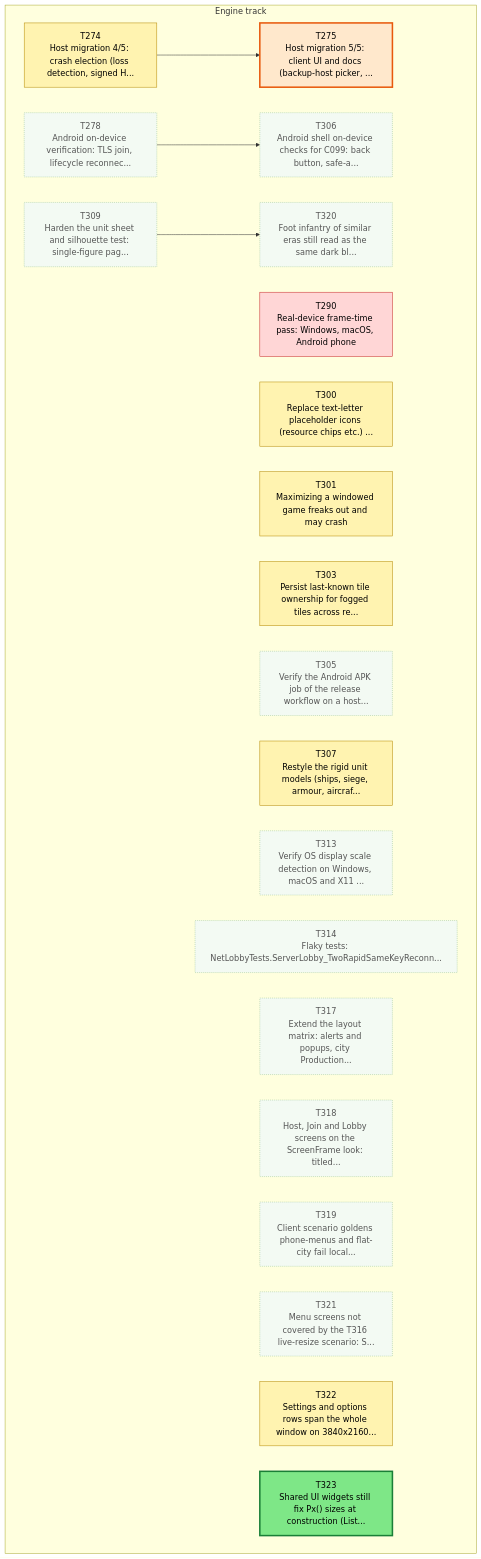
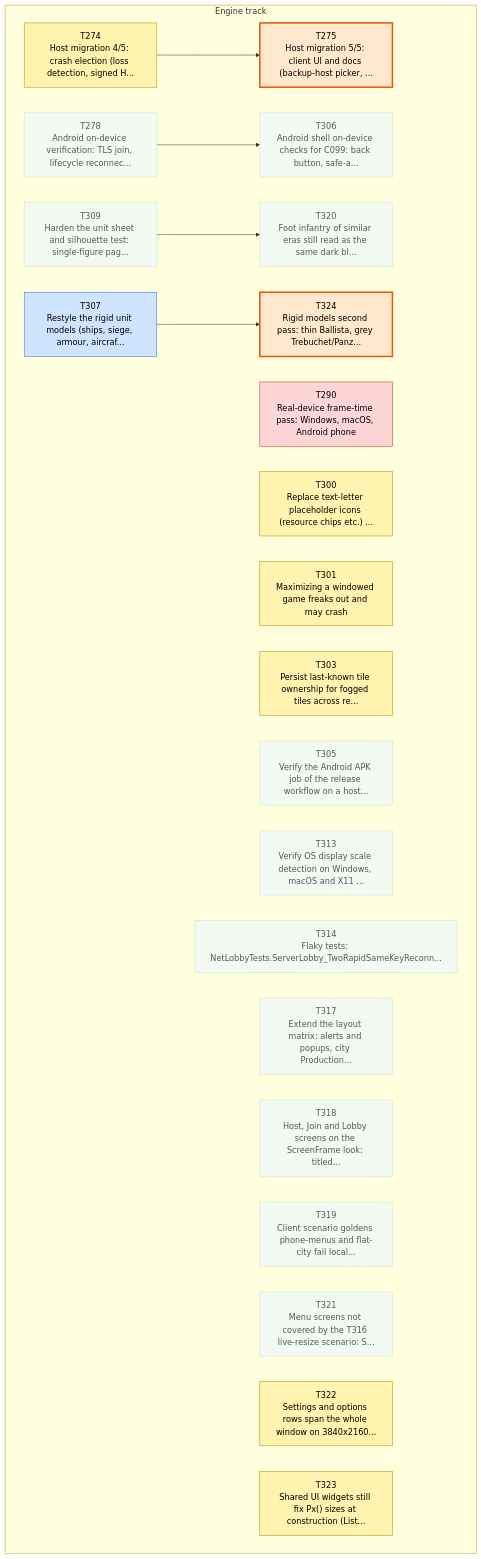
The first of 3 diagrams in csharp/migration/DEPENDENCY_MAP.md (Kenmura/Unciv), drawn with Mermaid before and after one commit. The commit also changed other lines of this file and 3 other files, not shown here.

Commit message:
migration: file T324 (rigid models second pass) [Claude]

````diff
--- a/csharp/migration/DEPENDENCY_MAP.md
+++ b/csharp/migration/DEPENDENCY_MAP.md
@@ -35,55 +35,58 @@
 ```mermaid
 flowchart TD
   subgraph TTRACK["Engine track"]
     T274["T274<br/>Host migration 4/5: crash election (loss detection, signed H..."]
     T275["T275<br/>Host migration 5/5: client UI and docs (backup-host picker, ..."]
     T278["T278<br/>Android on-device verification: TLS join, lifecycle reconnec..."]
     T290["T290<br/>Real-device frame-time pass: Windows, macOS, Android phone"]
     T300["T300<br/>Replace text-letter placeholder icons (resource chips etc.) ..."]
     T301["T301<br/>Maximizing a windowed game freaks out and may crash"]
     T303["T303<br/>Persist last-known tile ownership for fogged tiles across re..."]
     T305["T305<br/>Verify the Android APK job of the release workflow on a host..."]
     T306["T306<br/>Android shell on-device checks for C099: back button, safe-a..."]
     T307["T307<br/>Restyle the rigid unit models (ships, siege, armour, aircraf..."]
     T309["T309<br/>Harden the unit sheet and silhouette test: single-figure pag..."]
     T313["T313<br/>Verify OS display scale detection on Windows, macOS and X11 ..."]
     T314["T314<br/>Flaky tests: NetLobbyTests.ServerLobby_TwoRapidSameKeyReconn..."]
     T317["T317<br/>Extend the layout matrix: alerts and popups, city Production..."]
     T318["T318<br/>Host, Join and Lobby screens on the ScreenFrame look: titled..."]
     T319["T319<br/>Client scenario goldens phone-menus and flat-city fail local..."]
     T320["T320<br/>Foot infantry of similar eras still read as the same dark bl..."]
     T321["T321<br/>Menu screens not covered by the T316 live-resize scenario: S..."]
     T322["T322<br/>Settings and options rows span the whole window on 3840x2160..."]
     T323["T323<br/>Shared UI widgets still fix Px() sizes at construction (List..."]
+    T324["T324<br/>Rigid models second pass: thin Ballista, grey Trebuchet/Panz..."]
   end
   T274 --> T275
   T278 --> T306
   T309 --> T320
+  T307 --> T324
   classDef waiting fill:#f3faf3,stroke:#9bc49b,color:#555,stroke-dasharray:2 2
   classDef ondeck fill:#ffe8cc,stroke:#e8590c,stroke-width:3px,color:#000
   classDef ready fill:#7ee787,stroke:#1a7f37,stroke-width:3px,color:#000
   classDef prog fill:#fff3b0,stroke:#b58900,color:#000
   classDef review fill:#cfe4ff,stroke:#1f6feb,color:#000
   classDef blocked fill:#ffd6d6,stroke:#c62828,color:#000
   classDef done fill:#eeeeee,stroke:#999999,color:#666,stroke-dasharray:4 3
   class T274 prog
   class T275 ondeck
   class T278 waiting
   class T290 blocked
   class T300 prog
   class T301 prog
   class T303 prog
   class T305 waiting
   class T306 waiting
-  class T307 prog
+  class T307 review
   class T309 waiting
   class T313 waiting
   class T314 waiting
   class T317 waiting
   class T318 waiting
   class T319 waiting
   class T320 waiting
   class T321 waiting
   class T322 prog
-  class T323 ready
+  class T323 prog
+  class T324 ondeck
 ```
````
